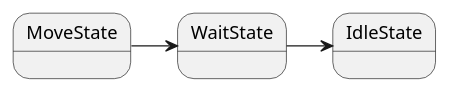
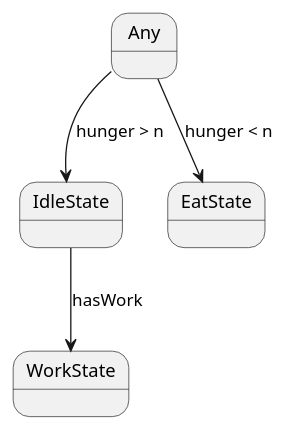
One commit to minusrep/Pivo-UML changed the diagram in Colony/Citizens/CitizenStateMachine.puml. Above: the diagram before and after it, drawn with PlantUML. The commit also changed 4 other files, not shown here.

```diff
--- a/Colony/Citizens/CitizenStateMachine.puml
+++ b/Colony/Citizens/CitizenStateMachine.puml
@@ -1,11 +1,12 @@
 @startuml
 
+state Any
 state IdleState
-state MoveState
-state WaitState
+state EatState
+state WorkState
 
-MoveState -> WaitState
-WaitState -> IdleState
-
+Any --> EatState : hunger < n
+Any --> IdleState : hunger > n
+IdleState --> WorkState: hasWork
 
 @enduml
```
